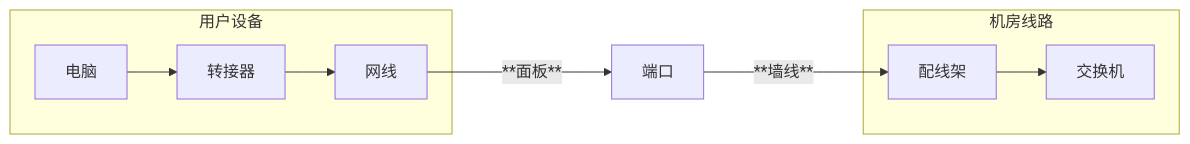
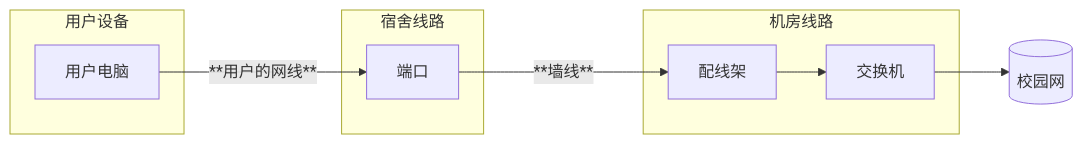
The diagram in docs/wiki/04-片区介绍/朝晖.md (ZSCNetSupportDept/website), drawn with Mermaid before and after one commit. The commit also changed other lines of this file and 6 other files, not shown here.

````diff
--- a/docs/wiki/04-片区介绍/朝晖.md
+++ b/docs/wiki/04-片区介绍/朝晖.md
@@ -19,13 +19,18 @@
-``` mermaid
-
+```mermaid 宿舍网络结构
 
 graph LR
     subgraph 用户设备
-    电脑-->转接器-->网线;
-    end 
-    网线--**面板**--->端口--**墙线**--->配线架
+    用户电脑
+    end
+    
+    subgraph  宿舍线路 
+    用户电脑--**用户的网线**-->端口
+    end
+    
     subgraph 机房线路
-    配线架-->交换机;
+    端口--**墙线**--->配线架-->交换机
     end
+    
+    交换机-->yys[(校园网)]
 
 ```
````
